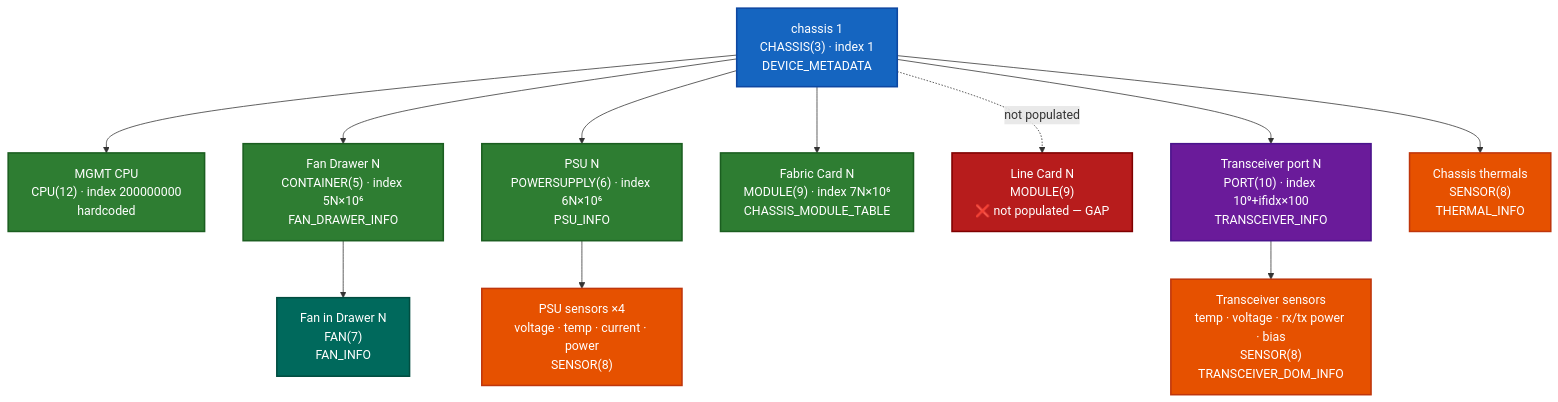
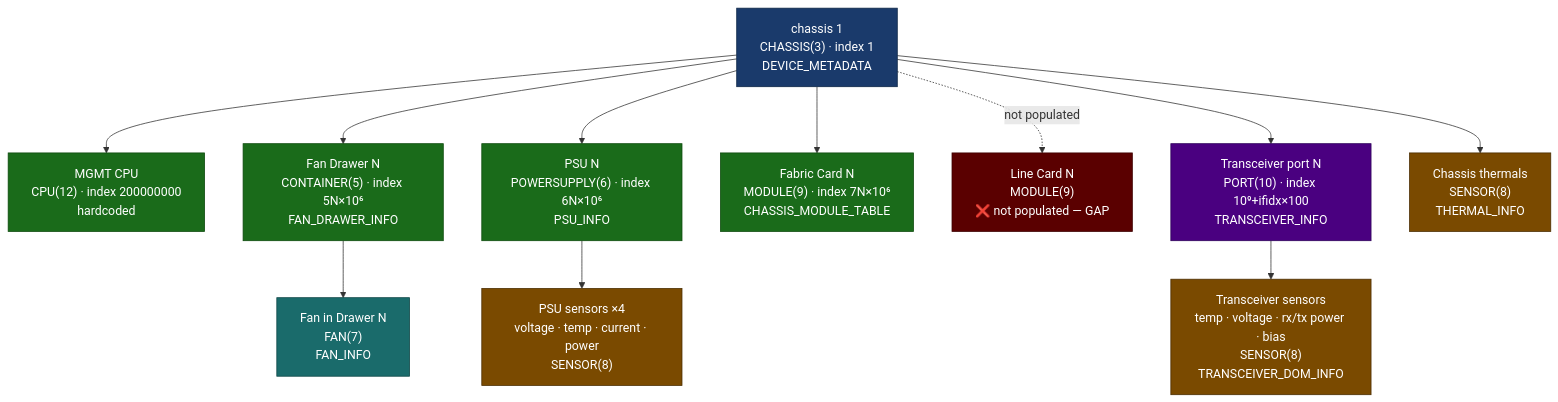
One commit to thongal-upscale/sonic-snmpagent changed the ninth of 17 diagrams in docs/nms_compliance_gaps.md. Above: the diagram before and after it, drawn with Mermaid. The commit also changed other lines of this file, not shown here.

Commit message:
docs: address review — MD040 code fences, hyphen, entity gap numbering

````diff
--- a/docs/nms_compliance_gaps.md
+++ b/docs/nms_compliance_gaps.md
@@ -704,31 +704,31 @@
 ```mermaid
 graph TD
-    classDef chassis fill:#1565C0,color:#fff,stroke:#0D47A1,stroke-width:2px
-    classDef module  fill:#2E7D32,color:#fff,stroke:#1B5E20,stroke-width:2px
-    classDef device  fill:#00695C,color:#fff,stroke:#004D40,stroke-width:2px
-    classDef sensor  fill:#E65100,color:#fff,stroke:#BF360C,stroke-width:2px
-    classDef port    fill:#6A1B9A,color:#fff,stroke:#4A148C,stroke-width:2px
-    classDef gap     fill:#B71C1C,color:#fff,stroke:#7F0000,stroke-width:2px
+    classDef chassis fill:#1a3a6b,color:#fff,stroke:#0d2545
+    classDef module  fill:#1a6b1a,color:#fff,stroke:#0d4a0d
+    classDef device  fill:#1a6b6b,color:#fff,stroke:#0d4545
+    classDef sensor  fill:#7a4a00,color:#fff,stroke:#4a2d00
+    classDef port    fill:#4a0080,color:#fff,stroke:#2d0059
+    classDef gap     fill:#5a0000,color:#fff,stroke:#3d0000
 
     CHASSIS["chassis 1\nCHASSIS(3) · index 1\nDEVICE_METADATA"]:::chassis
 
     CPU["MGMT CPU\nCPU(12) · index 200000000\nhardcoded"]:::module
     FD["Fan Drawer N\nCONTAINER(5) · index 5N×10⁶\nFAN_DRAWER_INFO"]:::module
     PSU["PSU N\nPOWERSUPPLY(6) · index 6N×10⁶\nPSU_INFO"]:::module
     FC["Fabric Card N\nMODULE(9) · index 7N×10⁶\nCHASSIS_MODULE_TABLE"]:::module
     LC["Line Card N\nMODULE(9)\n❌ not populated — GAP"]:::gap
     XCVR["Transceiver port N\nPORT(10) · index 10⁹+ifidx×100\nTRANSCEIVER_INFO"]:::port
 
     FAN["Fan in Drawer N\nFAN(7)\nFAN_INFO"]:::device
     PSU_S["PSU sensors ×4\nvoltage · temp · current · power\nSENSOR(8)"]:::sensor
     THERMAL["Chassis thermals\nSENSOR(8)\nTHERMAL_INFO"]:::sensor
     XCVR_S["Transceiver sensors\ntemp · voltage · rx/tx power · bias\nSENSOR(8)\nTRANSCEIVER_DOM_INFO"]:::sensor
 
     CHASSIS --> CPU
     CHASSIS --> FD --> FAN
     CHASSIS --> PSU --> PSU_S
     CHASSIS --> FC
     CHASSIS -.->|"not populated"| LC
     CHASSIS --> XCVR --> XCVR_S
     CHASSIS --> THERMAL
 ```
````
